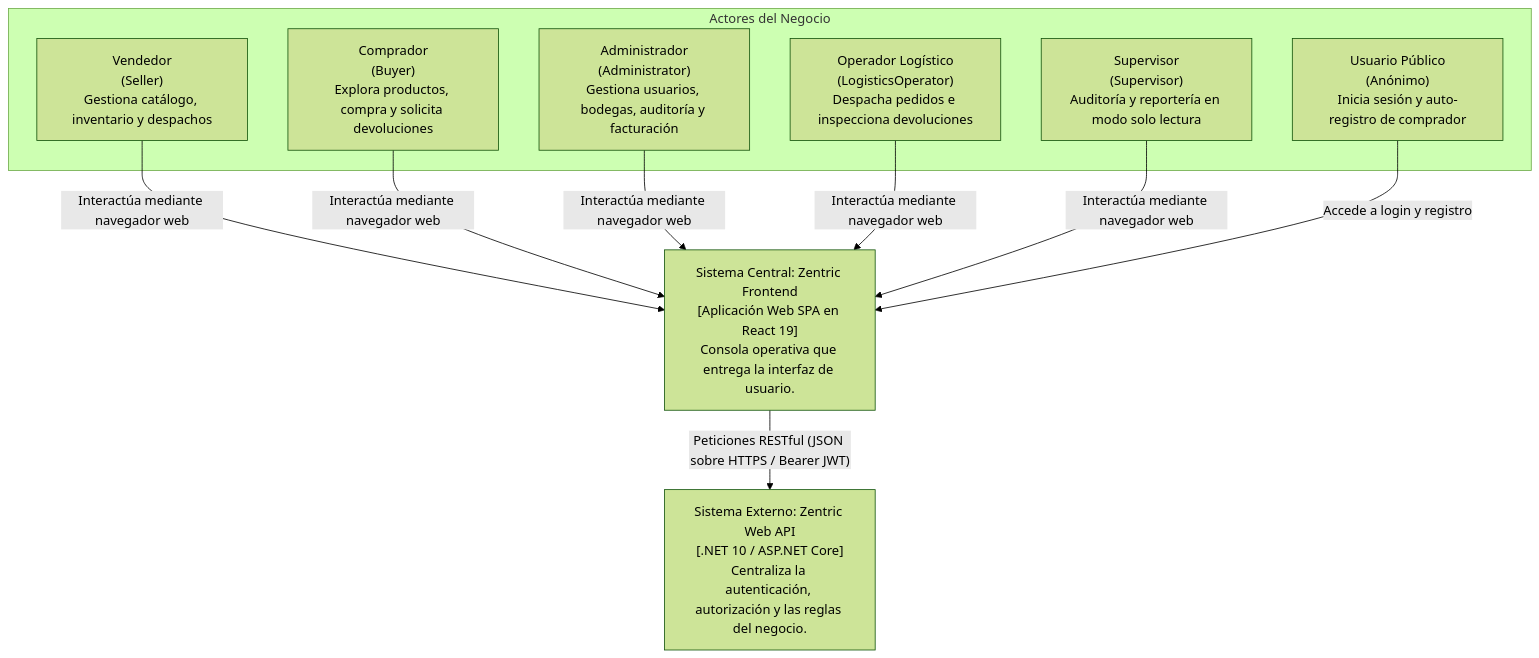
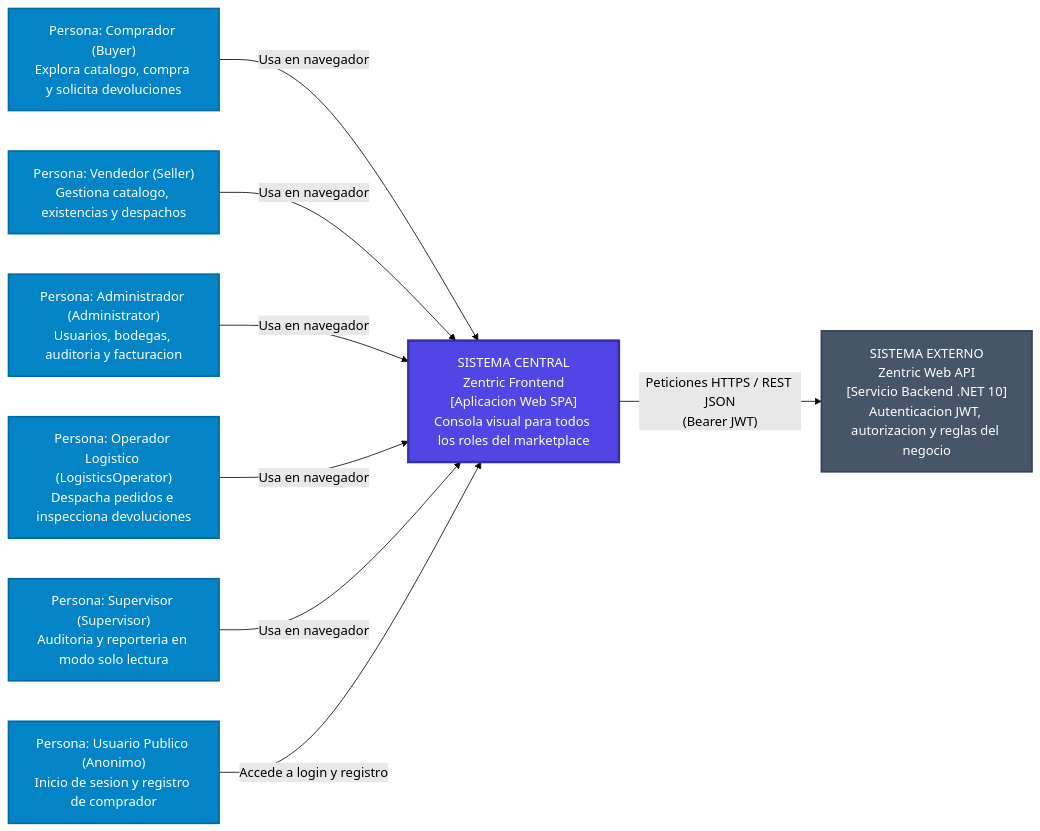
Before and after one commit to D-MachadoDev/Zentric: the diagram in frontendSDD/C4-1-Contexto.md, drawn with Mermaid (forest theme). The commit also changed 1 other file, not shown here.

Commit message:
docs(c4): clarify context and container diagrams with runtime boundaries and color coding

````diff
--- a/frontendSDD/C4-1-Contexto.md
+++ b/frontendSDD/C4-1-Contexto.md
@@ -19,24 +19,30 @@
 ```mermaid
-flowchart TB
-  subgraph Actores["Actores del Negocio"]
-    seller["Vendedor<br/>(Seller)<br/>Gestiona catálogo, inventario y despachos"]
-    buyer["Comprador<br/>(Buyer)<br/>Explora productos, compra y solicita devoluciones"]
-    admin["Administrador<br/>(Administrator)<br/>Gestiona usuarios, bodegas, auditoría y facturación"]
-    logistics["Operador Logístico<br/>(LogisticsOperator)<br/>Despacha pedidos e inspecciona devoluciones"]
-    supervisor["Supervisor<br/>(Supervisor)<br/>Auditoría y reportería en modo solo lectura"]
-    guest["Usuario Público<br/>(Anónimo)<br/>Inicia sesión y auto-registro de comprador"]
-  end
+flowchart LR
+  buyer["Persona: Comprador (Buyer)<br/>Explora catalogo, compra y solicita devoluciones"]
+  seller["Persona: Vendedor (Seller)<br/>Gestiona catalogo, existencias y despachos"]
+  admin["Persona: Administrador (Administrator)<br/>Usuarios, bodegas, auditoria y facturacion"]
+  logistics["Persona: Operador Logistico (LogisticsOperator)<br/>Despacha pedidos e inspecciona devoluciones"]
+  supervisor["Persona: Supervisor (Supervisor)<br/>Auditoria y reporteria en modo solo lectura"]
+  guest["Persona: Usuario Publico (Anonimo)<br/>Inicio de sesion y registro de comprador"]
 
-  system["Sistema Central: Zentric Frontend<br/>[Aplicación Web SPA en React 19]<br/>Consola operativa que entrega la interfaz de usuario."]
+  system["SISTEMA CENTRAL<br/>Zentric Frontend<br/>[Aplicacion Web SPA]<br/>Consola visual para todos los roles del marketplace"]
 
-  backend["Sistema Externo: Zentric Web API<br/>[.NET 10 / ASP.NET Core]<br/>Centraliza la autenticación, autorización y las reglas del negocio."]
+  backend["SISTEMA EXTERNO<br/>Zentric Web API<br/>[Servicio Backend .NET 10]<br/>Autenticacion JWT, autorizacion y reglas del negocio"]
 
-  seller -->|"Interactúa mediante navegador web"| system
-  buyer -->|"Interactúa mediante navegador web"| system
-  admin -->|"Interactúa mediante navegador web"| system
-  logistics -->|"Interactúa mediante navegador web"| system
-  supervisor -->|"Interactúa mediante navegador web"| system
+  buyer -->|"Usa en navegador"| system
+  seller -->|"Usa en navegador"| system
+  admin -->|"Usa en navegador"| system
+  logistics -->|"Usa en navegador"| system
+  supervisor -->|"Usa en navegador"| system
   guest -->|"Accede a login y registro"| system
 
-  system -->|"Peticiones RESTful (JSON sobre HTTPS / Bearer JWT)"| backend
+  system -->|"Peticiones HTTPS / REST JSON<br/>(Bearer JWT)"| backend
+
+  classDef person fill:#0284c7,stroke:#0369a1,stroke-width:2px,color:#ffffff;
+  classDef system fill:#4f46e5,stroke:#3730a3,stroke-width:3px,color:#ffffff;
+  classDef external fill:#475569,stroke:#334155,stroke-width:2px,color:#ffffff;
+
+  class buyer,seller,admin,logistics,supervisor,guest person;
+  class system system;
+  class backend external;
 ```
````
